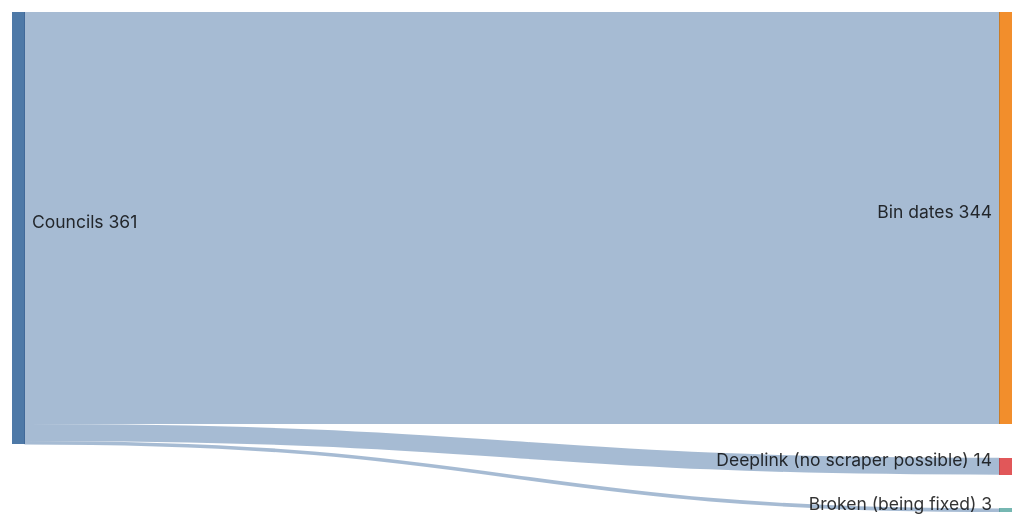
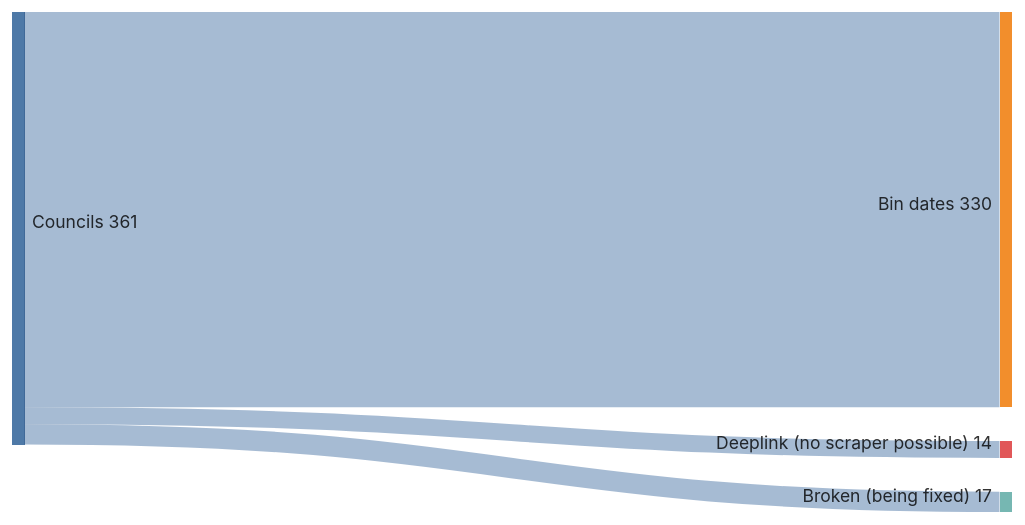
Before and after one commit to cmbsteinberg/ukbinday: the diagram in README.md, drawn with Mermaid. The commit also changed other lines of this file and 4 other files, not shown here.

````diff
--- a/README.md
+++ b/README.md
@@ -12,15 +12,15 @@
 ```mermaid
 ---
 config:
   sankey:
     width: 800
     height: 400
     linkColor: source
     nodeAlignment: left
 ---
 sankey-beta
 
-"Councils","Bin dates",344
+"Councils","Bin dates",330
 "Councils","Deeplink (no scraper possible)",14
-"Councils","Broken (being fixed)",3
+"Councils","Broken (being fixed)",17
 ```
````
